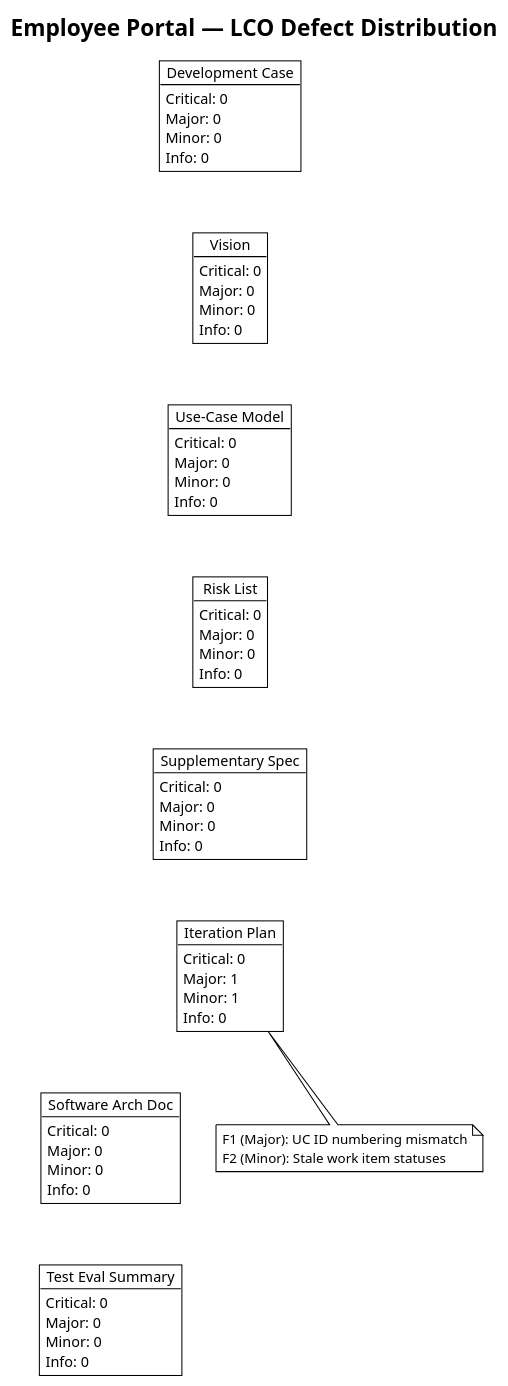
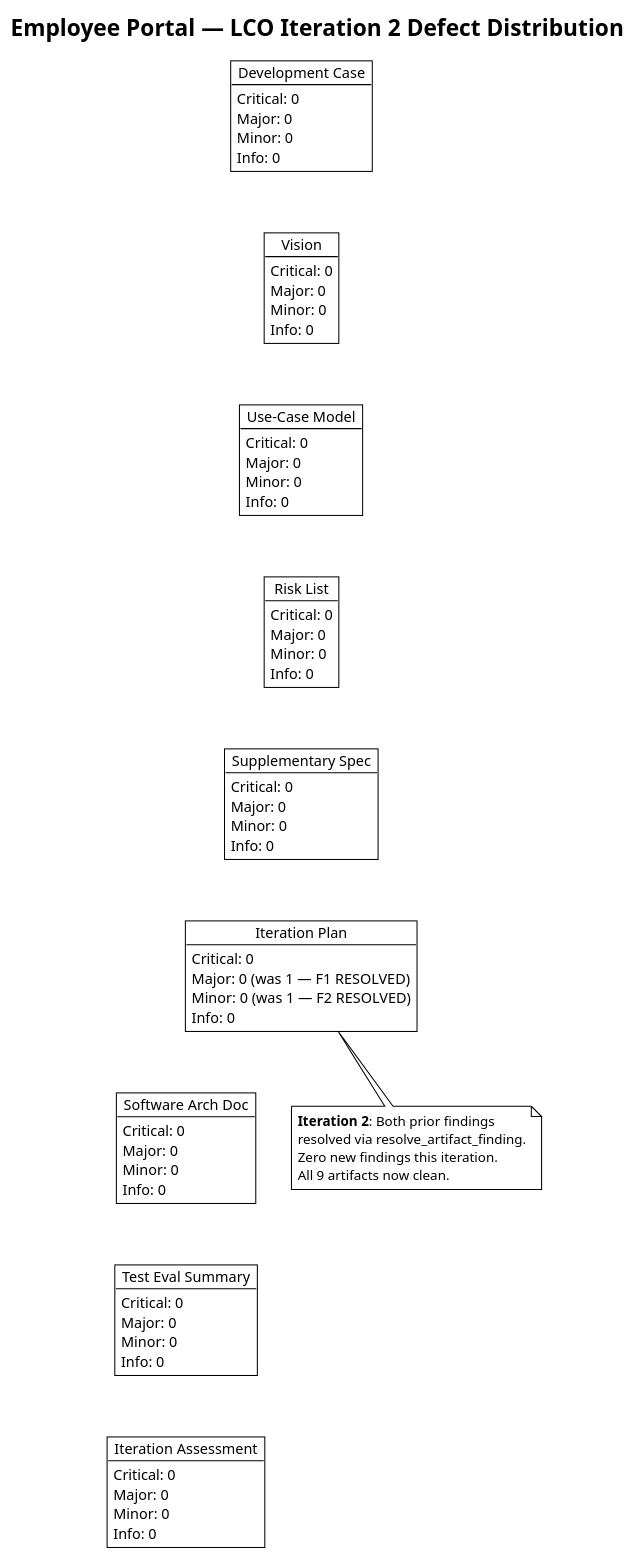
One commit to banense-test/employee-portal changed the second of 2 diagrams in docs/artifacts/project-management/review-record.md. Above: the diagram before and after it, drawn with PlantUML. The commit also changed other lines of this file, not shown here.

````diff
--- a/docs/artifacts/project-management/review-record.md
+++ b/docs/artifacts/project-management/review-record.md
@@ -596,7 +207,7 @@
 ```plantuml
 @startuml
 !theme plain
-title Employee Portal — LCO Defect Distribution
+title Employee Portal — LCO Iteration 2 Defect Distribution
 
 object "Development Case" as DC {
   Critical: 0
@@ -635,8 +246,8 @@
 
 object "Iteration Plan" as ITP {
   Critical: 0
-  Major: 1
-  Minor: 1
+  Major: 0 (was 1 — F1 RESOLVED)
+  Minor: 0 (was 1 — F2 RESOLVED)
   Info: 0
 }
 
@@ -654,6 +265,13 @@
   Info: 0
 }
 
+object "Iteration Assessment" as IA {
+  Critical: 0
+  Major: 0
+  Minor: 0
+  Info: 0
+}
+
 DC -[hidden]-> VIS
 VIS -[hidden]-> UCM
 UCM -[hidden]-> RSK
@@ -661,10 +279,13 @@
 SUP -[hidden]-> ITP
 ITP -[hidden]-> SAD
 SAD -[hidden]-> TES
+TES -[hidden]-> IA
 
 note bottom of ITP
-  F1 (Major): UC ID numbering mismatch
-  F2 (Minor): Stale work item statuses
+  **Iteration 2**: Both prior findings
+  resolved via resolve_artifact_finding.
+  Zero new findings this iteration.
+  All 9 artifacts now clean.
 end note
 
 @enduml
````
